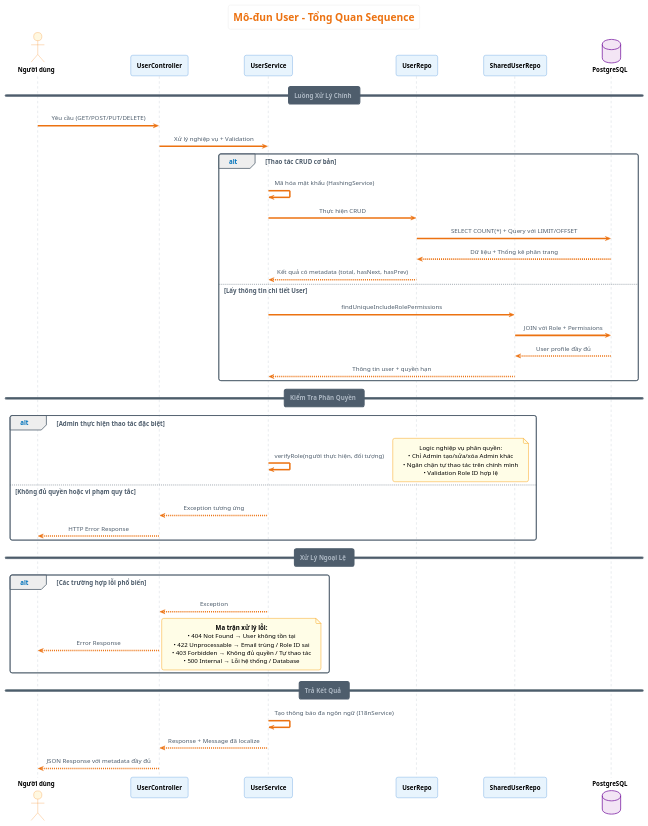
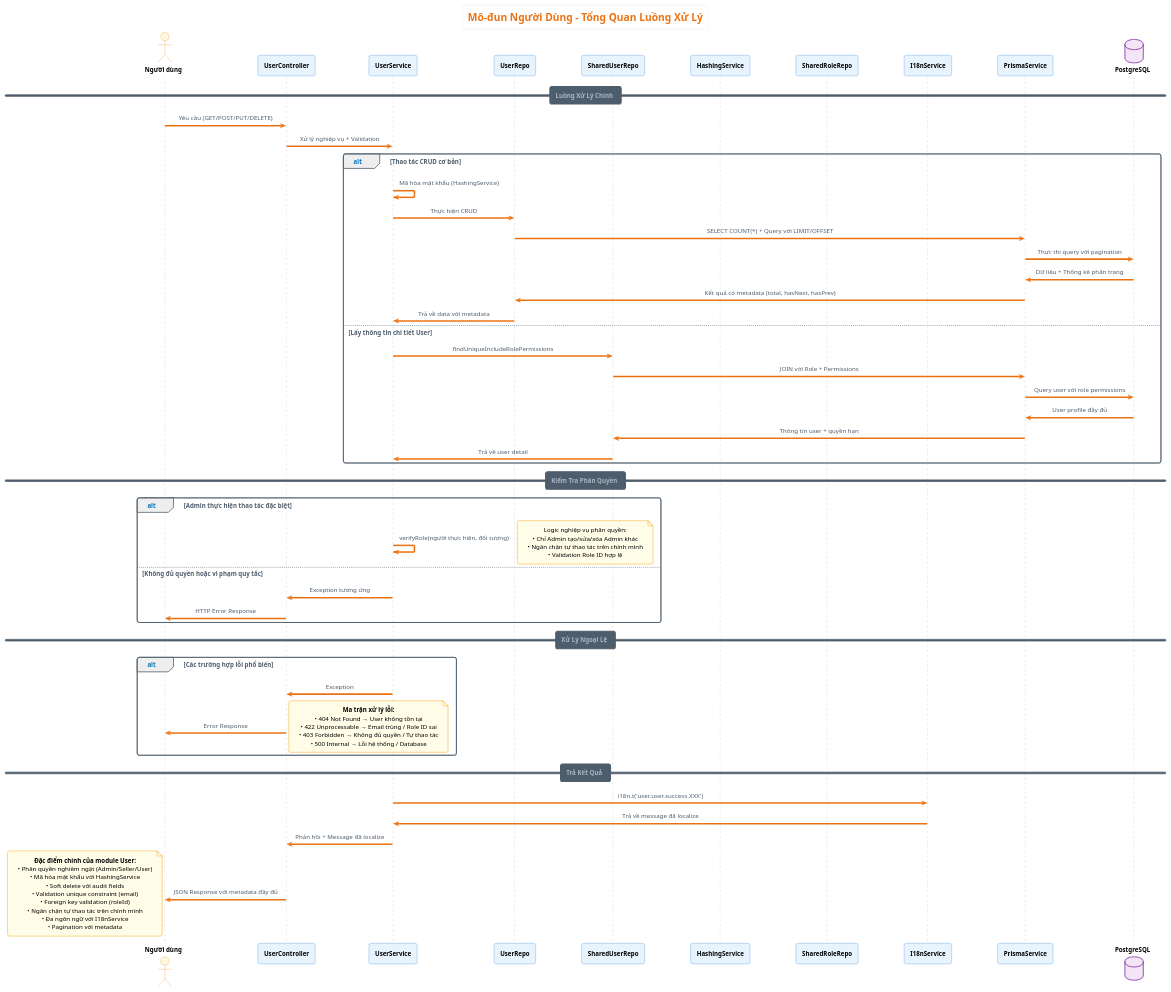
One commit to Tedydev-web/server-shopsifu changed the diagram in docs/user/user-module-sequence-overview.puml. Above: the diagram before and after it, drawn with PlantUML. The commit also changed 33 other files, not shown here.

Commit message:
refactor(backend): :sparkles: cập nhật các tài liệu mô-đun, cải thiện tính rõ ràng và khả năng sử dụng của sơ đồ luồng xử lý, đồng thời xóa bỏ các tệp không còn sử dụng

```diff
--- a/docs/user/user-module-sequence-overview.puml
+++ b/docs/user/user-module-sequence-overview.puml
@@ -1,90 +1,111 @@
 @startuml
 !theme aws-orange
 skinparam backgroundColor #FFFFFF
 skinparam defaultTextAlignment center
 skinparam participant {
     BackgroundColor #E8F4FD
     BorderColor #1976D2
     FontColor #000000
     FontStyle bold
 }
 skinparam actor {
     BackgroundColor #FFF8E1
     BorderColor #F57C00
     FontColor #000000
     FontStyle bold
 }
 skinparam database {
     BackgroundColor #F3E5F5
     BorderColor #7B1FA2
     FontColor #000000
     FontStyle bold
 }
 skinparam note {
     BackgroundColor #FFFDE7
     BorderColor #F9A825
     FontColor #000000
 }
 
-title Mô-đun User - Tổng Quan Sequence
+title Mô-đun Người Dùng - Tổng Quan Luồng Xử Lý
 note top : Hệ thống quản lý người dùng với phân quyền và xử lý lỗi toàn diện
 
 actor "Người dùng" as Client
-participant UserController
-participant UserService
-participant UserRepo
-participant SharedUserRepo
-database PostgreSQL
+participant "UserController" as UC
+participant "UserService" as US
+participant "UserRepo" as UR
+participant "SharedUserRepo" as SUR
+participant "HashingService" as HS
+participant "SharedRoleRepo" as SRR
+participant "I18nService" as IS
+participant "PrismaService" as PS
+database "PostgreSQL" as DB
 
 == Luồng Xử Lý Chính ==
-Client -> UserController: Yêu cầu (GET/POST/PUT/DELETE)
-UserController -> UserService: Xử lý nghiệp vụ + Validation
+Client -> UC: Yêu cầu (GET/POST/PUT/DELETE)
+UC -> US: Xử lý nghiệp vụ + Validation
 
 alt Thao tác CRUD cơ bản
-    UserService -> UserService: Mã hóa mật khẩu (HashingService)
-    UserService -> UserRepo: Thực hiện CRUD
-    UserRepo -> PostgreSQL: SELECT COUNT(*) + Query với LIMIT/OFFSET
-    PostgreSQL --> UserRepo: Dữ liệu + Thống kê phân trang
-    UserRepo --> UserService: Kết quả có metadata (total, hasNext, hasPrev)
+    US -> US: Mã hóa mật khẩu (HashingService)
+    US -> UR: Thực hiện CRUD
+    UR -> PS: SELECT COUNT(*) + Query với LIMIT/OFFSET
+    PS -> DB: Thực thi query với pagination
+    DB -> PS: Dữ liệu + Thống kê phân trang
+    PS -> UR: Kết quả có metadata (total, hasNext, hasPrev)
+    UR -> US: Trả về data với metadata
 
 else Lấy thông tin chi tiết User
-    UserService -> SharedUserRepo: findUniqueIncludeRolePermissions
-    SharedUserRepo -> PostgreSQL: JOIN với Role + Permissions
-    PostgreSQL --> SharedUserRepo: User profile đầy đủ
-    SharedUserRepo --> UserService: Thông tin user + quyền hạn
+    US -> SUR: findUniqueIncludeRolePermissions
+    SUR -> PS: JOIN với Role + Permissions
+    PS -> DB: Query user với role permissions
+    DB -> PS: User profile đầy đủ
+    PS -> SUR: Thông tin user + quyền hạn
+    SUR -> US: Trả về user detail
 end
 
 == Kiểm Tra Phân Quyền ==
 alt Admin thực hiện thao tác đặc biệt
-    UserService -> UserService: verifyRole(người thực hiện, đối tượng)
+    US -> US: verifyRole(người thực hiện, đối tượng)
     note right
     Logic nghiệp vụ phân quyền:
     • Chỉ Admin tạo/sửa/xóa Admin khác
     • Ngăn chặn tự thao tác trên chính mình
     • Validation Role ID hợp lệ
     end note
 
 else Không đủ quyền hoặc vi phạm quy tắc
-    UserService --> UserController: Exception tương ứng
-    UserController --> Client: HTTP Error Response
+    US -> UC: Exception tương ứng
+    UC -> Client: HTTP Error Response
 end
 
 == Xử Lý Ngoại Lệ ==
 alt Các trường hợp lỗi phổ biến
-    UserService --> UserController: Exception
-    UserController --> Client: Error Response
+    US -> UC: Exception
+    UC -> Client: Error Response
     note right
     **Ma trận xử lý lỗi:**
     • 404 Not Found → User không tồn tại
     • 422 Unprocessable → Email trùng / Role ID sai
     • 403 Forbidden → Không đủ quyền / Tự thao tác
     • 500 Internal → Lỗi hệ thống / Database
     end note
 end
 
 == Trả Kết Quả ==
-UserService -> UserService: Tạo thông báo đa ngôn ngữ (I18nService)
-UserService --> UserController: Response + Message đã localize
-UserController --> Client: JSON Response với metadata đầy đủ
+US -> IS: i18n.t('user.user.success.XXX')
+IS -> US: Trả về message đã localize
+US -> UC: Phản hồi + Message đã localize
+UC -> Client: JSON Response với metadata đầy đủ
+
+note bottom
+**Đặc điểm chính của module User:**
+• Phân quyền nghiêm ngặt (Admin/Seller/User)
+• Mã hóa mật khẩu với HashingService
+• Soft delete với audit fields
+• Validation unique constraint (email)
+• Foreign key validation (roleId)
+• Ngăn chặn tự thao tác trên chính mình
+• Đa ngôn ngữ với I18nService
+• Pagination với metadata
+end note
 
 @enduml
```
